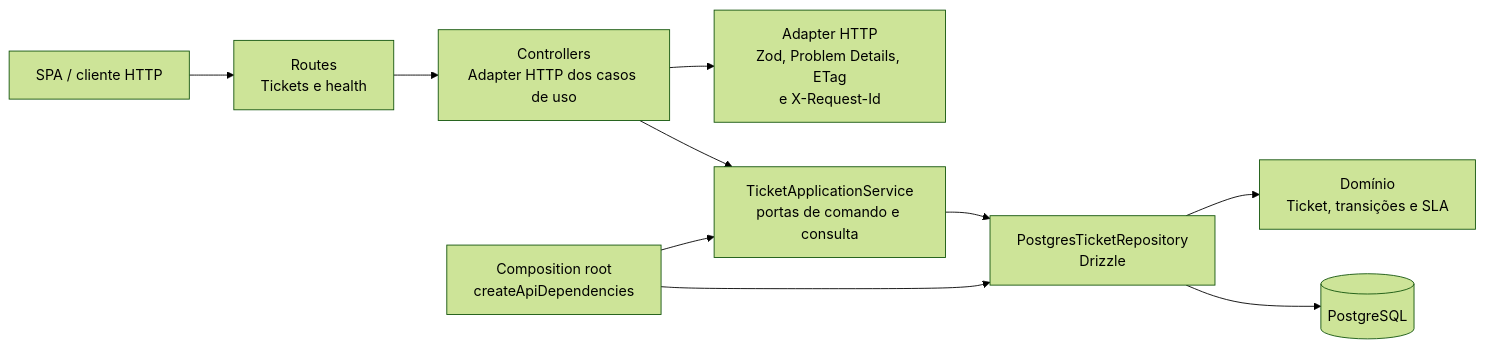
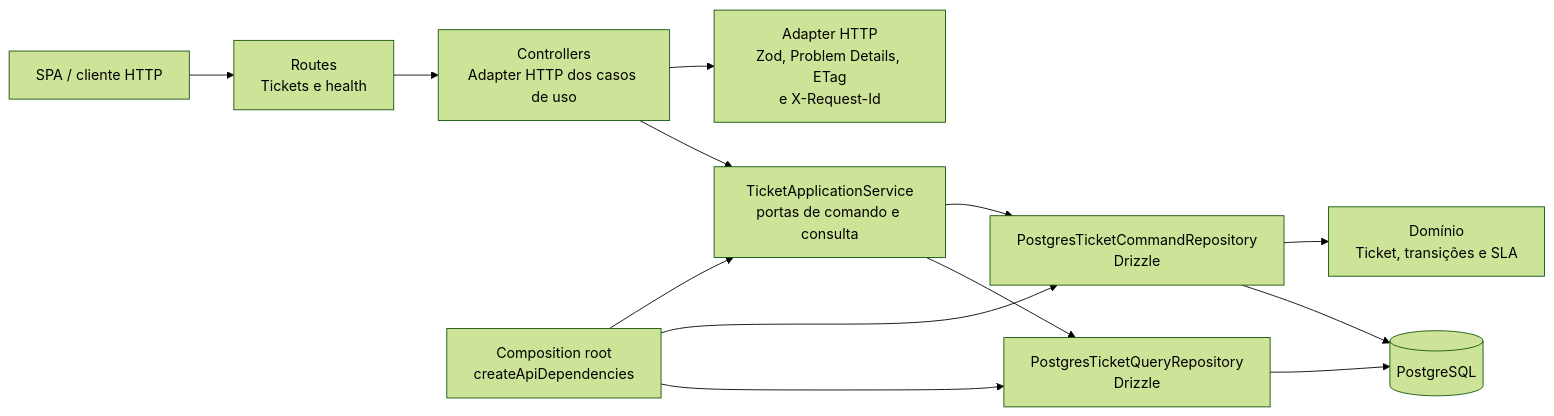
The third of 4 diagrams in docs/architecture/c4.md (carvalhocortes/code-challenge-inbot), drawn with Mermaid (forest theme) before and after one commit. The commit also changed other lines of this file and 2 other files, not shown here.

Commit message:
docs(architecture): define clean code refactor scope

````diff
--- a/docs/architecture/c4.md
+++ b/docs/architecture/c4.md
@@ -80,22 +80,26 @@
 ```mermaid
 flowchart LR
   client["SPA / cliente HTTP"]
   routes["Routes\nTickets e health"]
   controllers["Controllers\nAdapter HTTP dos casos de uso"]
   http["Adapter HTTP\nZod, Problem Details, ETag\ne X-Request-Id"]
   composition["Composition root\ncreateApiDependencies"]
   application["TicketApplicationService\nportas de comando e consulta"]
   domain["Domínio\nTicket, transições e SLA"]
-  repository["PostgresTicketRepository\nDrizzle"]
+  commands["PostgresTicketCommandRepository\nDrizzle"]
+  queries["PostgresTicketQueryRepository\nDrizzle"]
   db[("PostgreSQL")]
 
   client --> routes
   routes --> controllers
   controllers --> http
   controllers --> application
   composition --> application
-  composition --> repository
-  application --> repository
-  repository --> domain
-  repository --> db
+  composition --> commands
+  composition --> queries
+  application --> commands
+  application --> queries
+  commands --> domain
+  commands --> db
+  queries --> db
 ```
````
